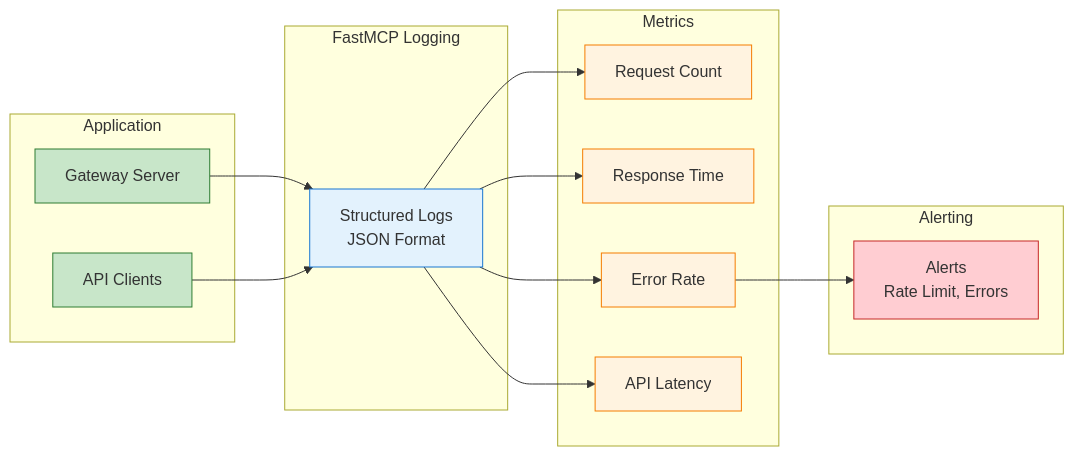
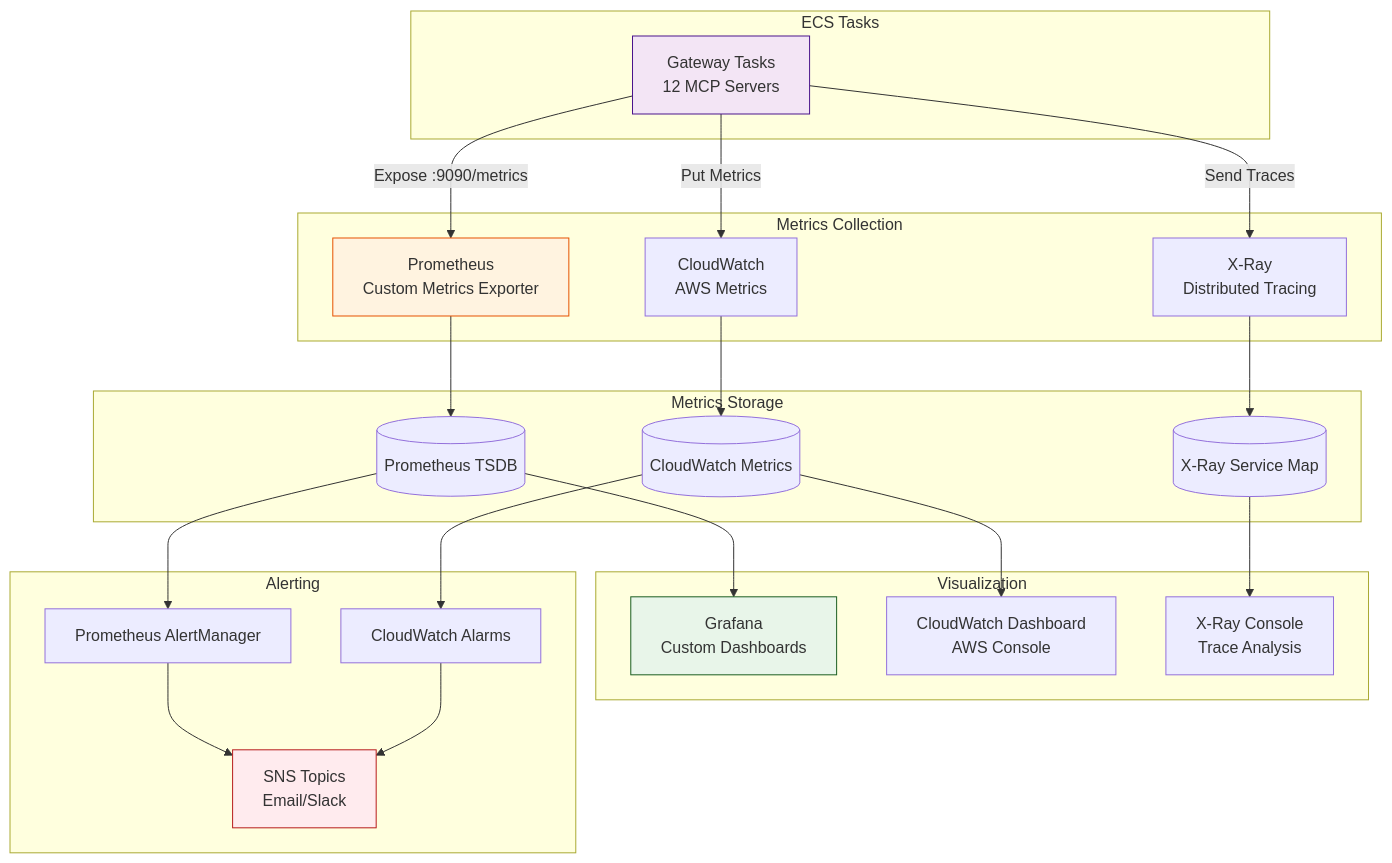
Before and after one commit to donbr/lifesciences-research: the eighth of 11 diagrams in architecture/diagrams/06_deployment_architecture.md, drawn with Mermaid. The commit also changed other lines of this file and 8 other files, not shown here.

````diff
--- a/architecture/diagrams/06_deployment_architecture.md
+++ b/architecture/diagrams/06_deployment_architecture.md
@@ -570,37 +696,53 @@
 ```mermaid
-graph LR
-    subgraph "Application"
-        GW[Gateway Server]
-        CL[API Clients]
+graph TB
+    subgraph "ECS Tasks"
+        Gateway[Gateway Tasks<br/>12 MCP Servers]
     end
 
-    subgraph "FastMCP Logging"
-        LOG[Structured Logs<br/>JSON Format]
+    subgraph "Metrics Collection"
+        Prometheus[Prometheus<br/>Custom Metrics Exporter]
+        CloudWatch[CloudWatch<br/>AWS Metrics]
+        XRay[X-Ray<br/>Distributed Tracing]
     end
 
-    subgraph "Metrics"
-        M1[Request Count]
-        M2[Response Time]
-        M3[Error Rate]
-        M4[API Latency]
+    subgraph "Metrics Storage"
+        PrometheusDB[(Prometheus TSDB)]
+        CloudWatchDB[(CloudWatch Metrics)]
+        XRayDB[(X-Ray Service Map)]
+    end
+
+    subgraph "Visualization"
+        Grafana[Grafana<br/>Custom Dashboards]
+        CloudWatchDashboard[CloudWatch Dashboard<br/>AWS Console]
+        XRayConsole[X-Ray Console<br/>Trace Analysis]
     end
 
     subgraph "Alerting"
-        ALERT[Alerts<br/>Rate Limit, Errors]
+        PrometheusAlerts[Prometheus AlertManager]
+        CloudWatchAlarms[CloudWatch Alarms]
+        SNS[SNS Topics<br/>Email/Slack]
     end
 
-    GW --> LOG
-    CL --> LOG
-    LOG --> M1 & M2 & M3 & M4
-    M3 --> ALERT
+    Gateway -->|Expose :9090/metrics| Prometheus
+    Gateway -->|Put Metrics| CloudWatch
+    Gateway -->|Send Traces| XRay
 
-    classDef app fill:#c8e6c9,stroke:#2e7d32
-    classDef log fill:#e3f2fd,stroke:#1976d2
-    classDef metric fill:#fff3e0,stroke:#f57c00
-    classDef alert fill:#ffcdd2,stroke:#c62828
+    Prometheus --> PrometheusDB
+    CloudWatch --> CloudWatchDB
+    XRay --> XRayDB
 
-    class GW,CL app
-    class LOG log
-    class M1,M2,M3,M4 metric
-    class ALERT alert
+    PrometheusDB --> Grafana
+    CloudWatchDB --> CloudWatchDashboard
+    XRayDB --> XRayConsole
+
+    PrometheusDB --> PrometheusAlerts
+    CloudWatchDB --> CloudWatchAlarms
+
+    PrometheusAlerts --> SNS
+    CloudWatchAlarms --> SNS
+
+    style Gateway fill:#f3e5f5,stroke:#4a148c
+    style Prometheus fill:#fff3e0,stroke:#e65100
+    style Grafana fill:#e8f5e9,stroke:#1b5e20
+    style SNS fill:#ffebee,stroke:#b71c1c
 ```
````
